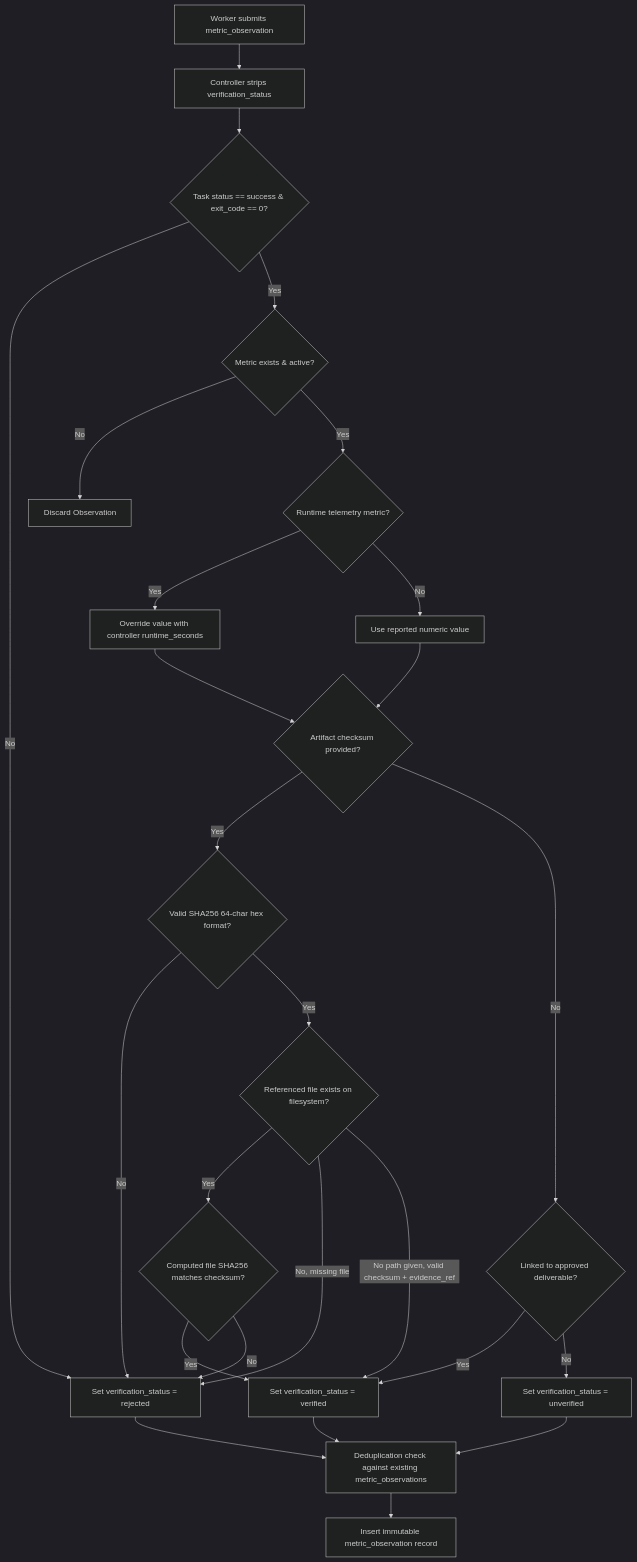
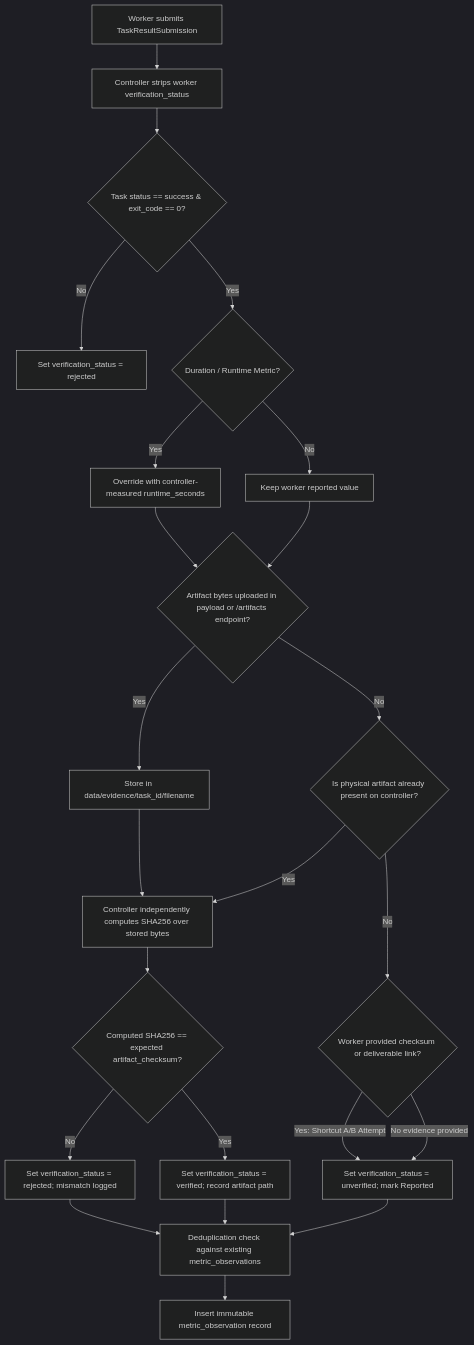
Before and after one commit to mattcallaway/qwen_cluster_interface: the diagram in METRIC_INTEGRITY_VALIDATION.md, drawn with Mermaid (dark theme). The commit also changed other lines of this file and 17 other files, not shown here.

Commit message:
fix(security): complete final execution isolation, metric integrity, artifact verification, and migration safety pass

````diff
--- a/METRIC_INTEGRITY_VALIDATION.md
+++ b/METRIC_INTEGRITY_VALIDATION.md
@@ -20,28 +51,25 @@
 ```mermaid
 graph TD
-    A[Worker submits metric_observation] --> B[Controller strips verification_status]
+    A[Worker submits TaskResultSubmission] --> B[Controller strips worker verification_status]
     B --> C{Task status == success & exit_code == 0?}
     C -- No --> D[Set verification_status = rejected]
-    C -- Yes --> E{Metric exists & active?}
-    E -- No --> F[Discard Observation]
-    E -- Yes --> G{Runtime telemetry metric?}
-    G -- Yes --> H[Override value with controller runtime_seconds]
-    G -- No --> I[Use reported numeric value]
-    H --> J{Artifact checksum provided?}
-    I --> J
-    J -- Yes --> K{Valid SHA256 64-char hex format?}
-    K -- No --> D
-    K -- Yes --> L{Referenced file exists on filesystem?}
-    L -- Yes --> M{Computed file SHA256 matches checksum?}
-    M -- Yes --> N[Set verification_status = verified]
-    M -- No --> D
-    L -- No, missing file --> D
-    L -- No path given, valid checksum + evidence_ref --> N
-    J -- No --> O{Linked to approved deliverable?}
-    O -- Yes --> N
-    O -- No --> P[Set verification_status = unverified]
-    N --> Q[Deduplication check against existing metric_observations]
+    C -- Yes --> E{Duration / Runtime Metric?}
+    E -- Yes --> F[Override with controller-measured runtime_seconds]
+    E -- No --> G[Keep worker reported value]
+    F --> H{Artifact bytes uploaded in payload or /artifacts endpoint?}
+    G --> H
+    H -- Yes --> I[Store in data/evidence/task_id/filename]
+    I --> J[Controller independently computes SHA256 over stored bytes]
+    J --> K{Computed SHA256 == expected artifact_checksum?}
+    K -- No --> L[Set verification_status = rejected; mismatch logged]
+    K -- Yes --> M[Set verification_status = verified; record artifact path]
+    H -- No --> N{Is physical artifact already present on controller?}
+    N -- Yes --> J
+    N -- No --> O{Worker provided checksum or deliverable link?}
+    O -- Yes: Shortcut A/B Attempt --> P[Set verification_status = unverified; mark Reported]
+    O -- No evidence provided --> P
+    M --> Q[Deduplication check against existing metric_observations]
     P --> Q
-    D --> Q
+    L --> Q
     Q --> R[Insert immutable metric_observation record]
 ```
````
